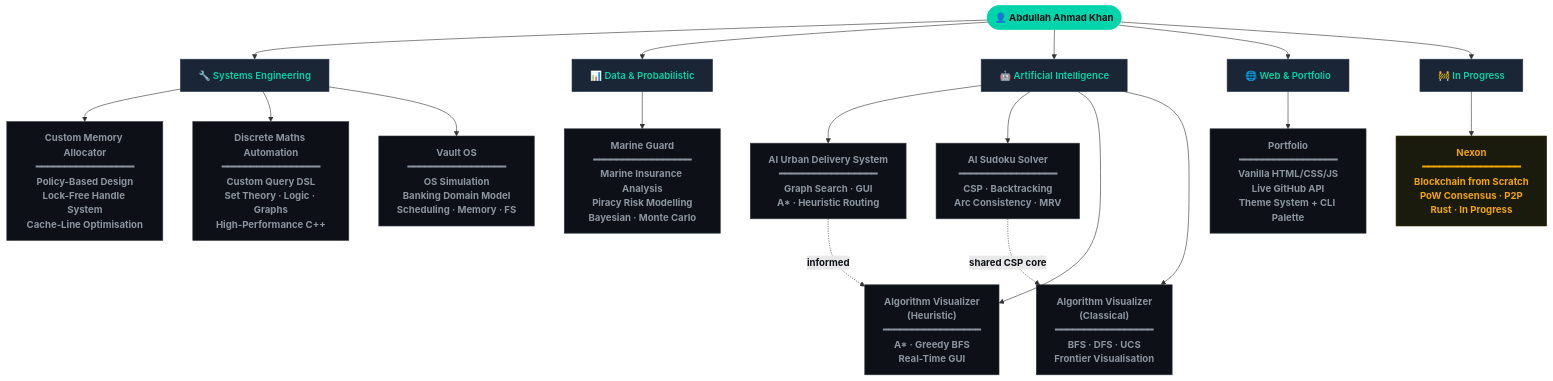
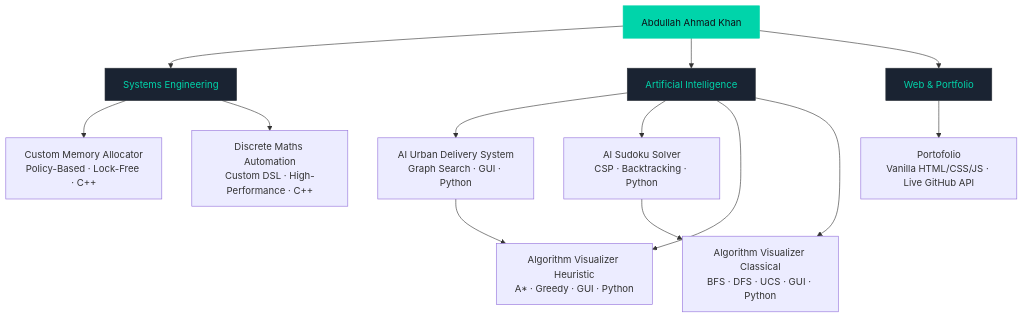
The diagram in README.md (Za-Coding-Paradox/Za-Coding-Paradox), drawn with Mermaid before and after one commit. The commit also changed other lines of this file, not shown here.

````diff
--- a/README.md
+++ b/README.md
@@ -340,32 +200,23 @@
 ```mermaid
 graph TD
-    A(["👤 Abdullah Ahmad Khan"]):::root
+    A[Abdullah Ahmad Khan] --> B[Systems Engineering]
+    A --> C[Artificial Intelligence]
+    A --> D[Web & Portfolio]
 
-    A --> B["🔧 Systems Engineering"]:::domain
-    A --> F["📊 Data & Probabilistic"]:::domain
-    A --> C["🤖 Artificial Intelligence"]:::domain
-    A --> D["🌐 Web & Portfolio"]:::domain
-    A --> E["🚧 In Progress"]:::domain
+    B --> B1[Custom Memory Allocator\nPolicy-Based · Lock-Free · C++]
+    B --> B2[Discrete Maths Automation\nCustom DSL · High-Performance · C++]
 
-    B --> B1["Custom Memory Allocator\n━━━━━━━━━━━━━━━━━\nPolicy-Based Design\nLock-Free Handle System\nCache-Line Optimisation"]:::node
-    B --> B2["Discrete Maths Automation\n━━━━━━━━━━━━━━━━━\nCustom Query DSL\nSet Theory · Logic · Graphs\nHigh-Performance C++"]:::node
-    B --> B3["Vault OS\n━━━━━━━━━━━━━━━━━\nOS Simulation\nBanking Domain Model\nScheduling · Memory · FS"]:::node
+    C --> C1[AI Urban Delivery System\nGraph Search · GUI · Python]
+    C --> C2[AI Sudoku Solver\nCSP · Backtracking · Python]
+    C --> C3[Algorithm Visualizer Heuristic\nA* · Greedy · GUI · Python]
+    C --> C4[Algorithm Visualizer Classical\nBFS · DFS · UCS · GUI · Python]
+    C1 --> C3
+    C2 --> C4
 
-    F --> F1["Marine Guard\n━━━━━━━━━━━━━━━━━\nMarine Insurance Analysis\nPiracy Risk Modelling\nBayesian · Monte Carlo"]:::node
+    D --> D1[Portofolio\nVanilla HTML/CSS/JS · Live GitHub API]
 
-    C --> C1["AI Urban Delivery System\n━━━━━━━━━━━━━━━━━\nGraph Search · GUI\nA* · Heuristic Routing"]:::node
-    C --> C2["AI Sudoku Solver\n━━━━━━━━━━━━━━━━━\nCSP · Backtracking\nArc Consistency · MRV"]:::node
-    C --> C3["Algorithm Visualizer\n(Heuristic)\n━━━━━━━━━━━━━━━━━\nA* · Greedy BFS\nReal-Time GUI"]:::node
-    C --> C4["Algorithm Visualizer\n(Classical)\n━━━━━━━━━━━━━━━━━\nBFS · DFS · UCS\nFrontier Visualisation"]:::node
-    C1 -.->|"informed"| C3
-    C2 -.->|"shared CSP core"| C4
-
-    D --> D1["Portfolio\n━━━━━━━━━━━━━━━━━\nVanilla HTML/CSS/JS\nLive GitHub API\nTheme System + CLI Palette"]:::node
-
-    E --> E1["Nexon\n━━━━━━━━━━━━━━━━━\nBlockchain from Scratch\nPoW Consensus · P2P\nRust · In Progress"]:::wip
-
-    classDef root fill:#00D4AA,color:#0d1117,stroke:#00D4AA,font-weight:bold
-    classDef domain fill:#1a2535,color:#00D4AA,stroke:#2a3a50,font-weight:600
-    classDef node fill:#0d1117,color:#8b949e,stroke:#30363d
-    classDef wip fill:#1a1a0d,color:#f0a500,stroke:#3a3000
+    style A fill:#00d4aa,color:#0d1117,stroke:#00d4aa
+    style B fill:#1a2332,color:#00d4aa,stroke:#30363d
+    style C fill:#1a2332,color:#00d4aa,stroke:#30363d
+    style D fill:#1a2332,color:#00d4aa,stroke:#30363d
 ```
````
